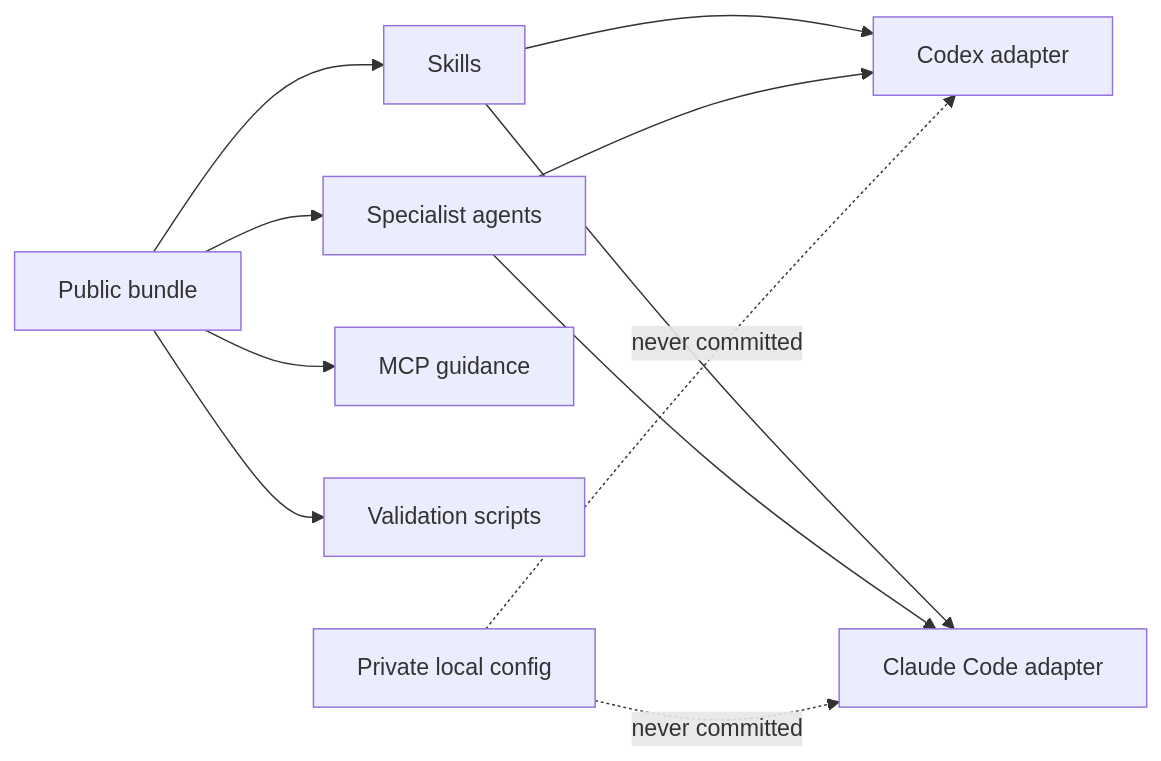
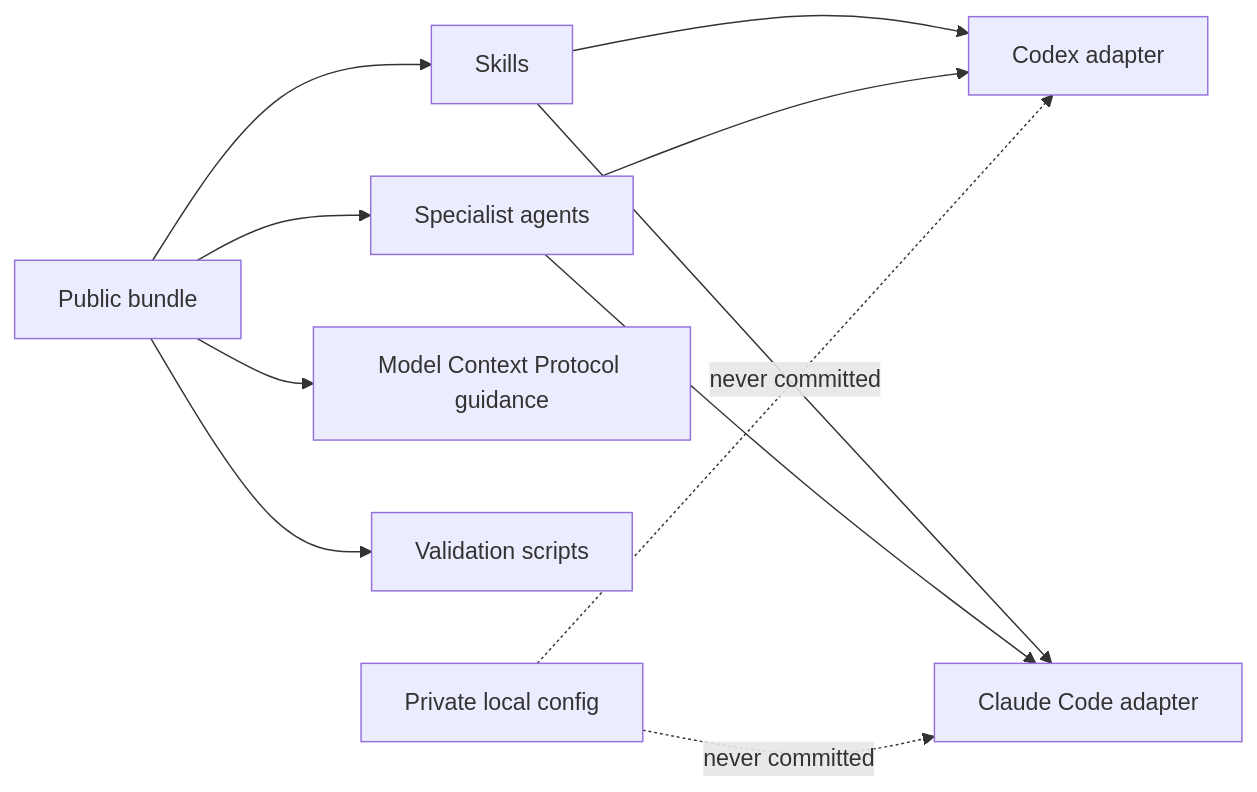
The diagram in docs/architecture.md (andrey-learning-machines/swe-harness), drawn with Mermaid before and after one commit. The commit also changed other lines of this file and 15 other files, not shown here.

````diff
--- a/docs/architecture.md
+++ b/docs/architecture.md
@@ -5,13 +6,13 @@
 ```mermaid
 flowchart LR
   A["Public bundle"] --> B["Skills"]
   A --> C["Specialist agents"]
-  A --> D["MCP guidance"]
+  A --> D["Model Context Protocol guidance"]
   A --> E["Validation scripts"]
   B --> F["Codex adapter"]
   C --> F
   B --> G["Claude Code adapter"]
   C --> G
   H["Private local config"] -. "never committed" .-> F
   H -. "never committed" .-> G
 ```
````
